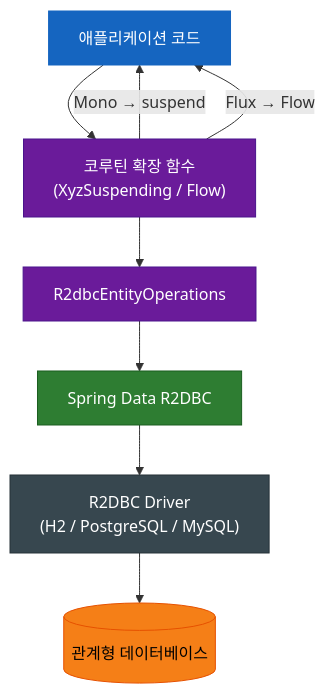
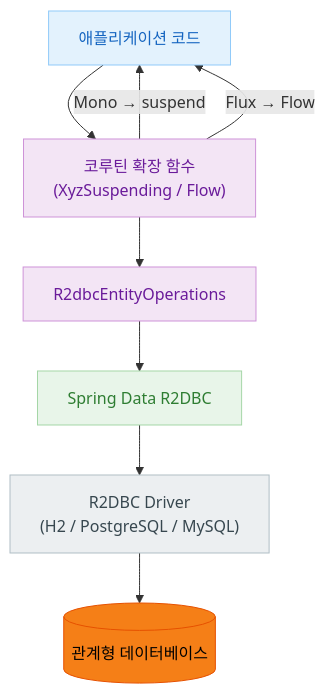
Before and after one commit to bluetape4k/bluetape4k-projects: the second of 4 diagrams in spring-boot3/r2dbc/README.ko.md, drawn with Mermaid. The commit also changed other lines of this file and 219 other files, not shown here.

First line of the commit message:
docs: 전체 README Mermaid 다이어그램 가이드 적용

````diff
--- a/spring-boot3/r2dbc/README.ko.md
+++ b/spring-boot3/r2dbc/README.ko.md
@@ -363,23 +363,23 @@
 ```mermaid
 flowchart TD
     App["애플리케이션 코드"] --> Ext["코루틴 확장 함수<br/>(XyzSuspending / Flow)"]
     Ext --> ROps["R2dbcEntityOperations"]
     ROps --> R2DBC["Spring Data R2DBC"]
     R2DBC --> Driver["R2DBC Driver<br/>(H2 / PostgreSQL / MySQL)"]
     Driver --> DB[("관계형 데이터베이스")]
     Ext -- "Mono → suspend" --> App
     Ext -- "Flux → Flow" --> App
 
-    classDef serviceStyle fill:#1565C0,stroke:#1565C0,color:#FFFFFF
-    classDef asyncStyle fill:#6A1B9A,stroke:#4A148C,color:#FFFFFF
-    classDef springStyle fill:#2E7D32,stroke:#1B5E20,color:#FFFFFF
-    classDef extStyle fill:#37474F,stroke:#263238,color:#FFFFFF
+    classDef serviceStyle fill:#E3F2FD,stroke:#90CAF9,color:#1565C0
+    classDef asyncStyle fill:#F3E5F5,stroke:#CE93D8,color:#6A1B9A
+    classDef springStyle fill:#E8F5E9,stroke:#A5D6A7,color:#2E7D32
+    classDef extStyle fill:#ECEFF1,stroke:#B0BEC5,color:#37474F
     classDef dataStyle fill:#F57F17,stroke:#E65100,color:#000000
 
     class App serviceStyle
     class Ext asyncStyle
     class ROps asyncStyle
     class R2DBC springStyle
     class Driver extStyle
     class DB dataStyle
 ```
````
